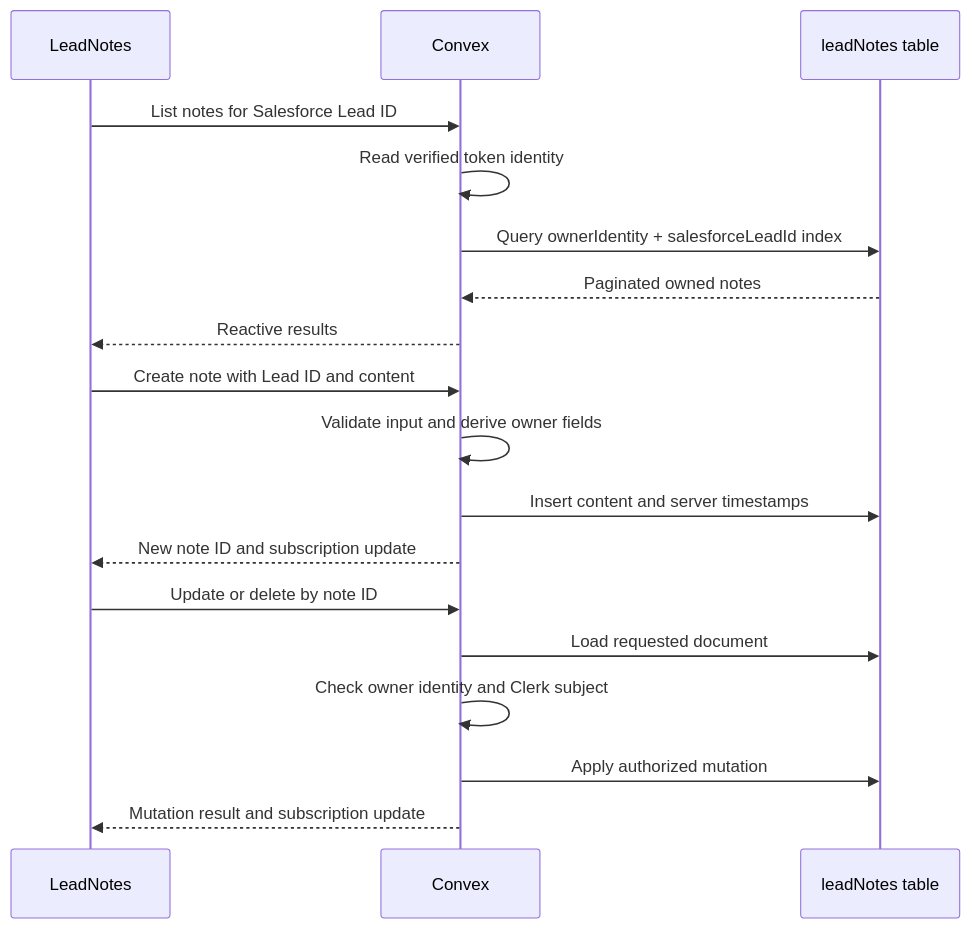
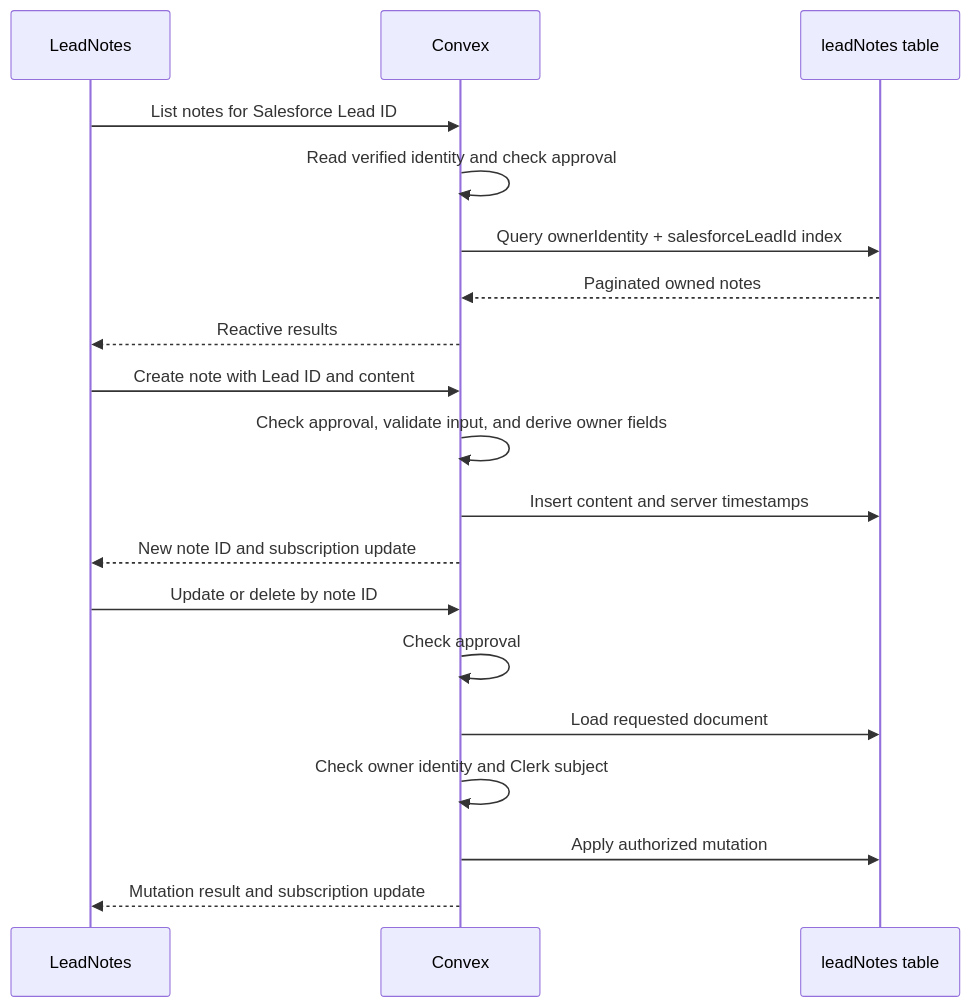
Before and after one commit to pua-jeanne/salesforce-lead-hub: the fifth of 6 diagrams in docs/PROJECT_GUIDE.md, drawn with Mermaid. The commit also changed other lines of this file, not shown here.

````diff
--- a/docs/PROJECT_GUIDE.md
+++ b/docs/PROJECT_GUIDE.md
@@ -156,20 +158,21 @@
 ```mermaid
 sequenceDiagram
     participant UI as LeadNotes
     participant Convex
     participant DB as leadNotes table
     UI->>Convex: List notes for Salesforce Lead ID
-    Convex->>Convex: Read verified token identity
+    Convex->>Convex: Read verified identity and check approval
     Convex->>DB: Query ownerIdentity + salesforceLeadId index
     DB-->>Convex: Paginated owned notes
     Convex-->>UI: Reactive results
     UI->>Convex: Create note with Lead ID and content
-    Convex->>Convex: Validate input and derive owner fields
+    Convex->>Convex: Check approval, validate input, and derive owner fields
     Convex->>DB: Insert content and server timestamps
     Convex-->>UI: New note ID and subscription update
     UI->>Convex: Update or delete by note ID
+    Convex->>Convex: Check approval
     Convex->>DB: Load requested document
     Convex->>Convex: Check owner identity and Clerk subject
     Convex->>DB: Apply authorized mutation
     Convex-->>UI: Mutation result and subscription update
 ```
````
